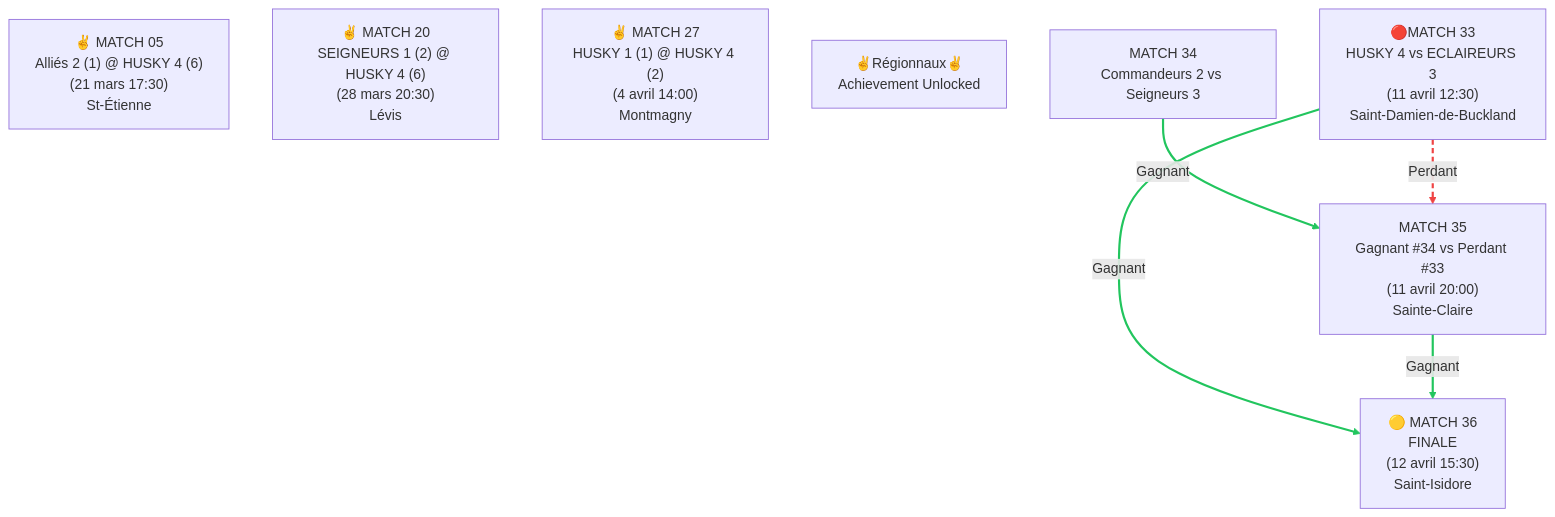
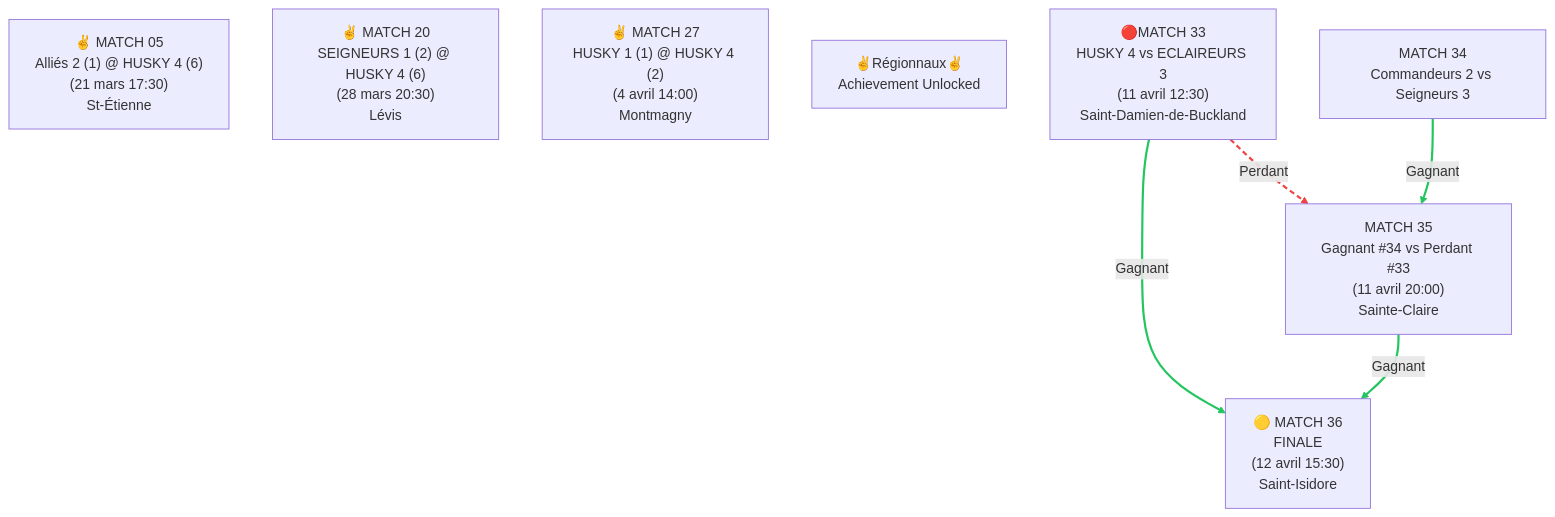
Before and after one commit to voltogyre/horaire-serie-2026: the first of 2 diagrams in Xavier.md, drawn with Mermaid.

````diff
--- a/Xavier.md
+++ b/Xavier.md
@@ -7,21 +7,21 @@
 ```mermaid
 graph TD
     M18B05["✌️ MATCH 05<br/>Alliés 2 (1) @ HUSKY 4 (6)<br/>(21 mars 17:30)<br/>St-Étienne"]
     M18B20["✌️ MATCH 20<br/>SEIGNEURS 1 (2) @ HUSKY 4 (6)<br/>(28 mars 20:30)<br/>Lévis"] 
     M18B27["✌️ MATCH 27<br/>HUSKY 1 (1) @ HUSKY 4 (2)<br/>(4 avril 14:00)<br/>Montmagny"]
     W["✌️Régionnaux✌️<br/>Achievement Unlocked"]
-    M18B34["MATCH 34<br/>Commandeurs 2 vs Seigneurs 3"]
+    
     
     M18B33["🔴MATCH 33<br/>HUSKY 4 vs ECLAIREURS 3<br/>(11 avril 12:30)<br/>Saint-Damien-de-Buckland"]
     M18B33 -->|Gagnant| M18B36["🟡 MATCH 36<br/>FINALE<br/>(12 avril 15:30)<br/>Saint-Isidore"]
-    M18B34 -->|Gagnant| M18B35["MATCH 35<br/>Gagnant #34 vs Perdant #33<br/>(11 avril 20:00)<br/>Sainte-Claire"]
+    M18B34["MATCH 34<br/>Commandeurs 2 vs Seigneurs 3"] -->|Gagnant| M18B35["MATCH 35<br/>Gagnant #34 vs Perdant #33<br/>(11 avril 20:00)<br/>Sainte-Claire"]
     M18B35 -->|Gagnant| M18B36
     M18B33 -->|Perdant| M18B35
-    
+
     linkStyle 0,1,2 stroke:#22c55e,stroke-width:2.5px
     linkStyle 3 stroke:#ef4444,stroke-width:2.5px,stroke-dasharray:6 4
     
     
 
 
 ```
````
